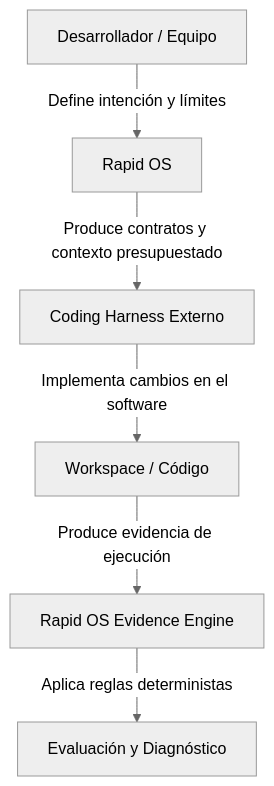
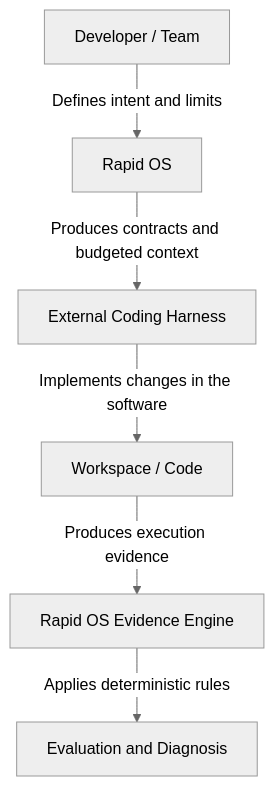
One commit to alyconr/Rapid-OS changed the second of 2 diagrams in docs/concepts/why-rapid-os.md. Above: the diagram before and after it, drawn with Mermaid (neutral theme). The commit also changed other lines of this file and 81 other files, not shown here.

````diff
--- a/docs/concepts/why-rapid-os.md
+++ b/docs/concepts/why-rapid-os.md
@@ -52,8 +52,8 @@
 ```mermaid
 flowchart TD
-    A[Desarrollador / Equipo] -->|Define intención y límites| B[Rapid OS]
-    B -->|Produce contratos y contexto presupuestado| C[Coding Harness Externo]
-    C -->|Implementa cambios en el software| D[Workspace / Código]
-    D -->|Produce evidencia de ejecución| E[Rapid OS Evidence Engine]
-    E -->|Aplica reglas deterministas| F[Evaluación y Diagnóstico]
+    A[Developer / Team] -->|Defines intent and limits| B[Rapid OS]
+    B -->|Produces contracts and budgeted context| C[External Coding Harness]
+    C -->|Implements changes in the software| D[Workspace / Code]
+    D -->|Produces execution evidence| E[Rapid OS Evidence Engine]
+    E -->|Applies deterministic rules| F[Evaluation and Diagnosis]
 ```
````
